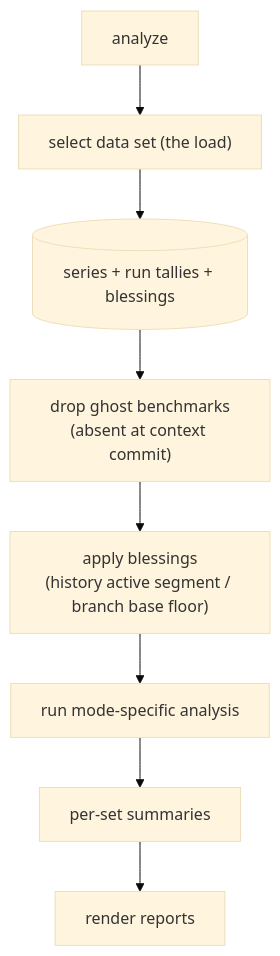
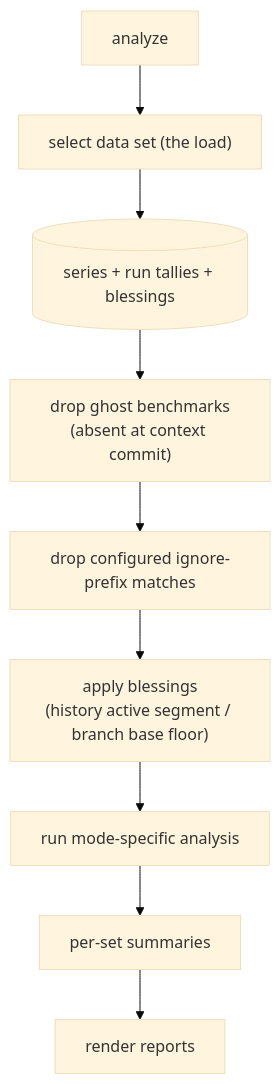
The first of 4 diagrams in packages/cargo-bench-history/docs/analyze.md (folo-rs/folo), drawn with Mermaid (base theme) before and after one commit. The commit also changed other lines of this file and 71 other files, not shown here.

First line of the commit message:
cargo-bench-history: ignore configured benchmark prefixes (#882)

````diff
--- a/packages/cargo-bench-history/docs/analyze.md
+++ b/packages/cargo-bench-history/docs/analyze.md
@@ -31,10 +31,11 @@
 ```mermaid
 flowchart TD
   EXEC["analyze"] --> SD["select data set (the load)"]
   SD --> DS[("series + run tallies + blessings")]
   DS --> GF["drop ghost benchmarks\n(absent at context commit)"]
-  GF --> AB["apply blessings\n(history active segment / branch base floor)"]
+  GF --> IG["drop configured ignore-prefix matches"]
+  IG --> AB["apply blessings\n(history active segment / branch base floor)"]
   AB --> FC["run mode-specific analysis"]
   FC --> SUM["per-set summaries"]
   SUM --> RENDER["render reports"]
 ```
````
